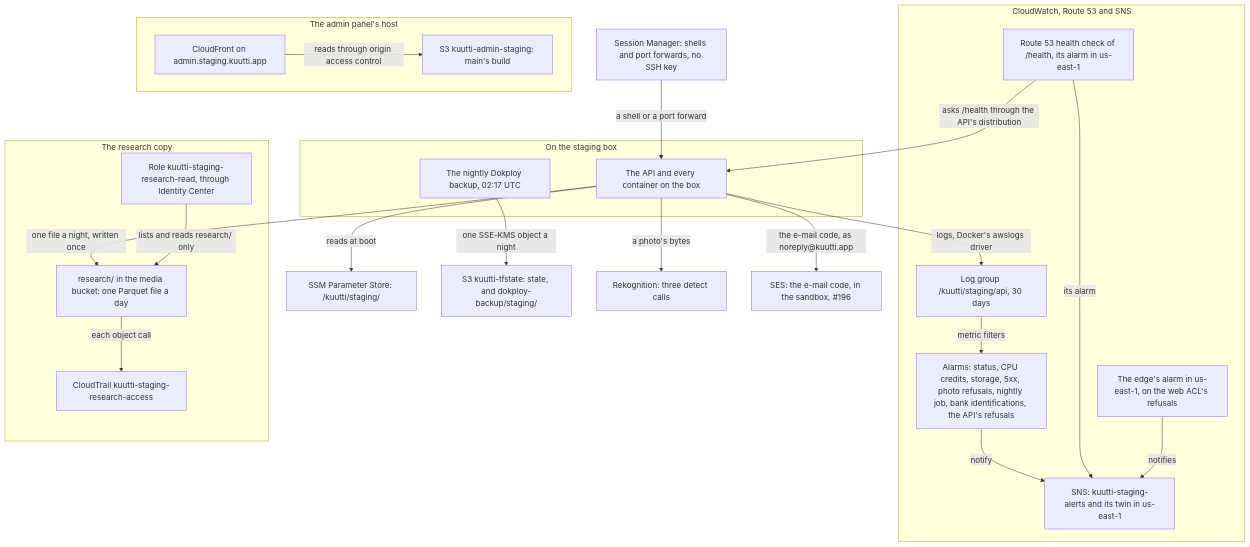
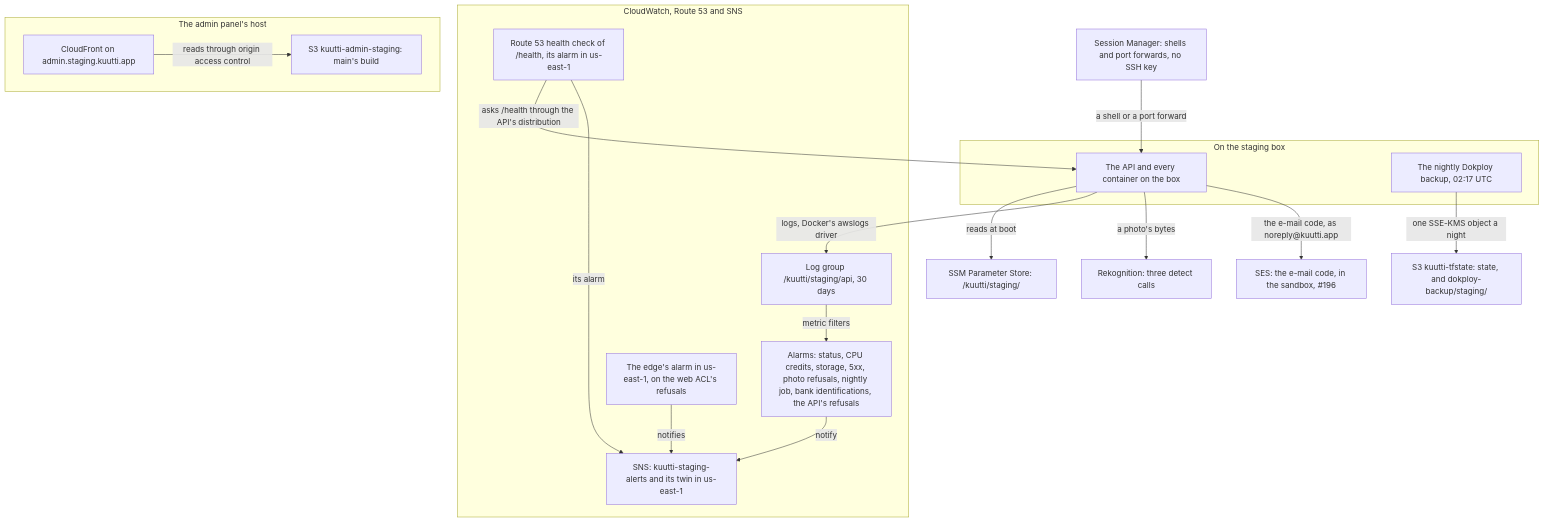
One commit to kuutti-ry/kumpa-app changed the third of 5 diagrams in docs/architecture/deployment.md. Above: the diagram before and after it, drawn with Mermaid. The commit also changed other lines of this file and 280 other files, not shown here.

First line of the commit message:
Take research out: the consent, the events, the copy, the role (#710)

````diff
--- a/docs/architecture/deployment.md
+++ b/docs/architecture/deployment.md
@@ -154,46 +154,38 @@
 ```mermaid
 flowchart TB
   accTitle: Deployment, part 3: staging, the services around the box
-  accDescr: The API reads the parameter store at boot, logs through Docker to CloudWatch, calls Rekognition, and writes one research file a night to the media bucket. CloudWatch's alarms, the edge's among them, and the Route 53 health probe mail through SNS. The box backs Dokploy up to the state bucket every night, and Session Manager is the way in. The admin panel has its own bucket and distribution. A researcher's role reads the research copy, and CloudTrail logs every read. SES sends the e-mail code.
+  accDescr: The API reads the parameter store at boot, logs through Docker to CloudWatch, and calls Rekognition. CloudWatch's alarms, the edge's among them, and the Route 53 health probe mail through SNS. The box backs Dokploy up to the state bucket every night, and Session Manager is the way in. The admin panel has its own bucket and distribution. SES sends the e-mail code.
   subgraph boxside["On the staging box"]
     n26["The API and every container on the box"]
     n27["The nightly Dokploy backup, 02:17 UTC"]
   end
   n28["Session Manager: shells and port forwards, no SSH key"]
   n29["SSM Parameter Store: /kuutti/staging/"]
   subgraph watch["CloudWatch, Route 53 and SNS"]
     n30["Log group /kuutti/staging/api, 30 days"]
     n31["Alarms: status, CPU credits, storage, 5xx, photo refusals, nightly job, bank identifications, the API's refusals"]
     n32["Route 53 health check of /health, its alarm in us-east-1"]
-    n70["The edge's alarm in us-east-1, on the web ACL's refusals"]
+    n66["The edge's alarm in us-east-1, on the web ACL's refusals"]
     n33["SNS: kuutti-staging-alerts and its twin in us-east-1"]
   end
   subgraph panel["The admin panel's host"]
     n34["CloudFront on admin.staging.kuutti.app"]
     n35["S3 kuutti-admin-staging: main's build"]
   end
-  subgraph research["The research copy"]
-    n36["research/ in the media bucket: one Parquet file a day"]
-    n37["Role kuutti-staging-research-read, through Identity Center"]
-    n38["CloudTrail kuutti-staging-research-access"]
-  end
-  n39["S3 kuutti-tfstate: state, and dokploy-backup/staging/"]
-  n40["Rekognition: three detect calls"]
-  n41["SES: the e-mail code, in the sandbox, #196"]
+  n36["S3 kuutti-tfstate: state, and dokploy-backup/staging/"]
+  n37["Rekognition: three detect calls"]
+  n38["SES: the e-mail code, in the sandbox, #196"]
   n26 -->|"reads at boot"| n29
   n26 -->|"logs, Docker's awslogs driver"| n30
   n30 -->|"metric filters"| n31
   n31 -->|"notify"| n33
   n32 -->|"asks /health through the API's distribution"| n26
   n32 -->|"its alarm"| n33
-  n70 -->|"notifies"| n33
-  n27 -->|"one SSE-KMS object a night"| n39
+  n66 -->|"notifies"| n33
+  n27 -->|"one SSE-KMS object a night"| n36
   n28 -->|"a shell or a port forward"| n26
-  n26 -->|"a photo's bytes"| n40
-  n26 -->|"the e-mail code, as noreply@kuutti.app"| n41
-  n26 -->|"one file a night, written once"| n36
-  n37 -->|"lists and reads research/ only"| n36
-  n36 -->|"each object call"| n38
+  n26 -->|"a photo's bytes"| n37
+  n26 -->|"the e-mail code, as noreply@kuutti.app"| n38
   n34 -->|"reads through origin access control"| n35
   classDef notbuilt stroke-dasharray: 5 5
 ```
````
